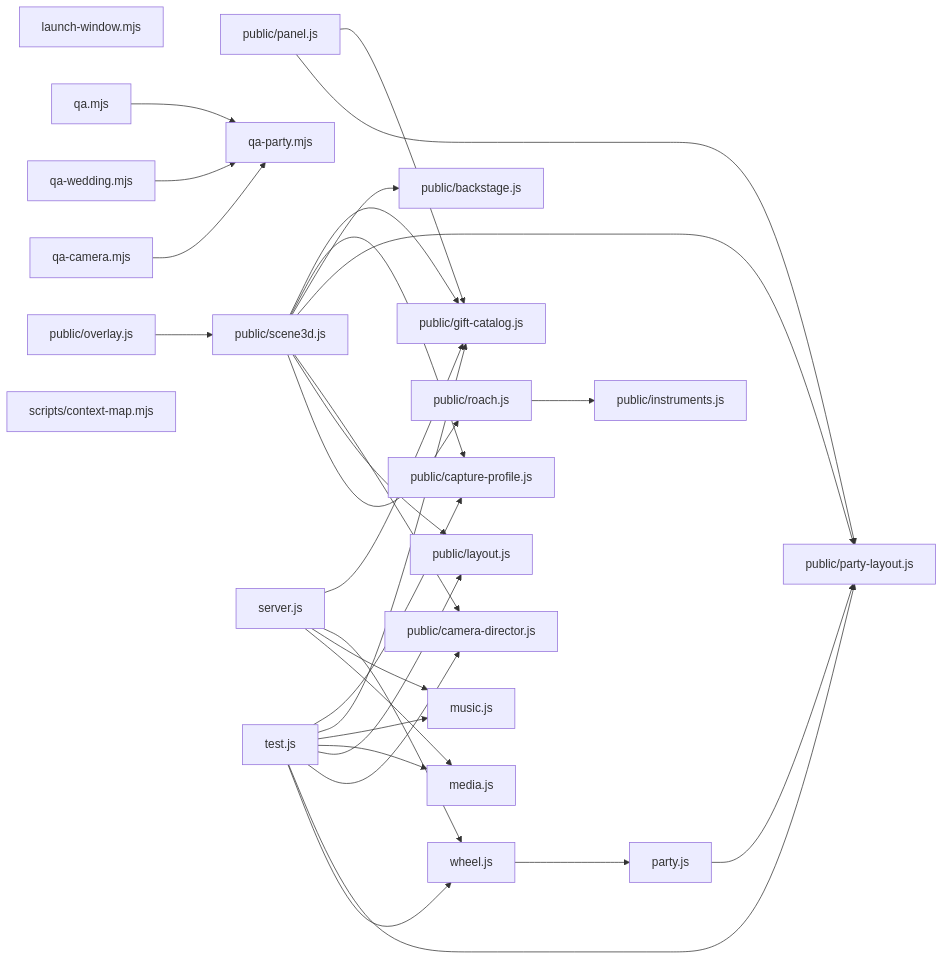
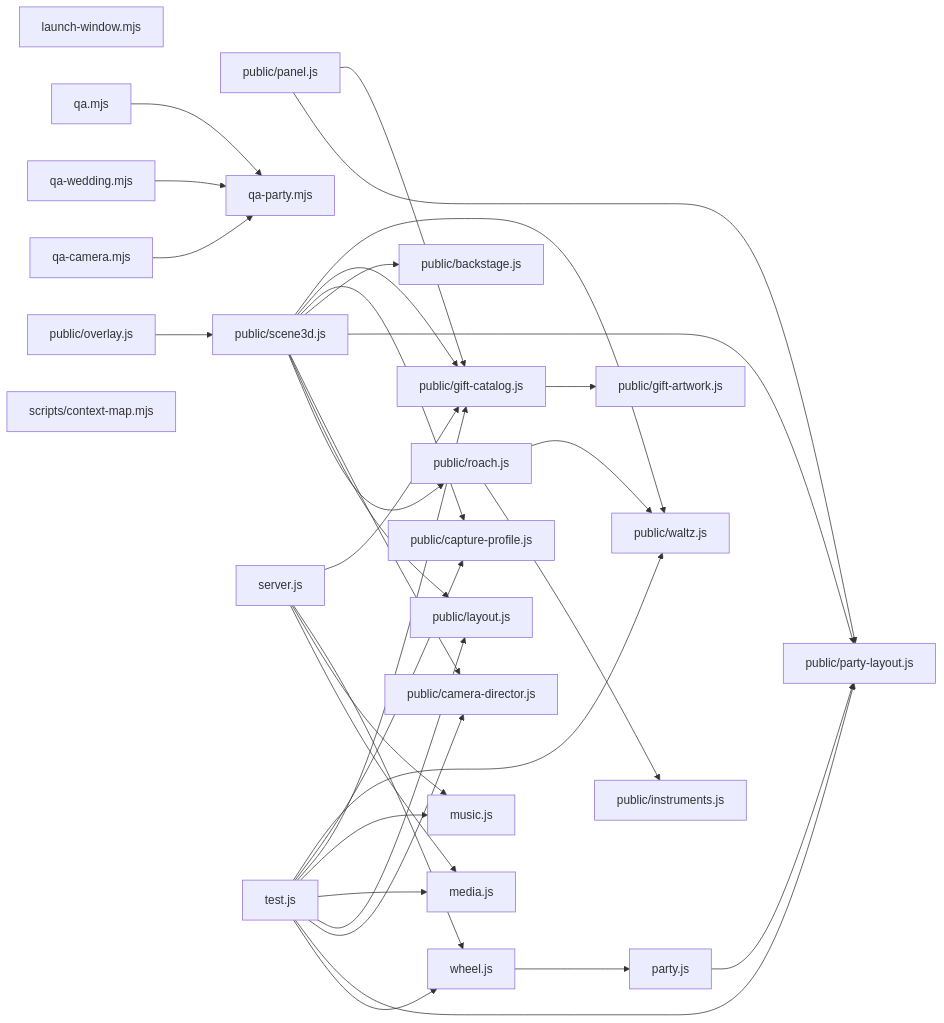
Before and after one commit to fthgshhsrth/roda-live: the diagram in docs/context-map.md, drawn with Mermaid. The commit also changed 24 other files, not shown here.

````diff
--- a/docs/context-map.md
+++ b/docs/context-map.md
@@ -5,54 +5,60 @@
 ```mermaid
 graph LR
   n0["launch-window.mjs"]
   n1["media.js"]
   n2["music.js"]
   n3["party.js"]
   n4["public/backstage.js"]
   n5["public/camera-director.js"]
   n6["public/capture-profile.js"]
-  n7["public/gift-catalog.js"]
-  n8["public/instruments.js"]
-  n9["public/layout.js"]
-  n10["public/overlay.js"]
-  n11["public/panel.js"]
-  n12["public/party-layout.js"]
-  n13["public/roach.js"]
-  n14["public/scene3d.js"]
-  n15["qa-camera.mjs"]
-  n16["qa-party.mjs"]
-  n17["qa-wedding.mjs"]
-  n18["qa.mjs"]
-  n19["scripts/context-map.mjs"]
-  n20["server.js"]
-  n21["test.js"]
-  n22["wheel.js"]
-  n3 --> n12
-  n10 --> n14
-  n11 --> n12
-  n11 --> n7
-  n13 --> n8
-  n14 --> n13
+  n7["public/gift-artwork.js"]
+  n8["public/gift-catalog.js"]
+  n9["public/instruments.js"]
+  n10["public/layout.js"]
+  n11["public/overlay.js"]
+  n12["public/panel.js"]
+  n13["public/party-layout.js"]
+  n14["public/roach.js"]
+  n15["public/scene3d.js"]
+  n16["public/waltz.js"]
+  n17["qa-camera.mjs"]
+  n18["qa-party.mjs"]
+  n19["qa-wedding.mjs"]
+  n20["qa.mjs"]
+  n21["scripts/context-map.mjs"]
+  n22["server.js"]
+  n23["test.js"]
+  n24["wheel.js"]
+  n3 --> n13
+  n8 --> n7
+  n11 --> n15
+  n12 --> n13
+  n12 --> n8
   n14 --> n9
-  n14 --> n5
-  n14 --> n12
-  n14 --> n4
-  n14 --> n6
-  n14 --> n7
+  n14 --> n16
+  n15 --> n14
+  n15 --> n10
+  n15 --> n5
+  n15 --> n13
+  n15 --> n4
+  n15 --> n6
+  n15 --> n8
   n15 --> n16
-  n17 --> n16
-  n18 --> n16
-  n20 --> n1
-  n20 --> n2
-  n20 --> n22
-  n20 --> n7
-  n21 --> n22
-  n21 --> n12
-  n21 --> n5
-  n21 --> n9
-  n21 --> n1
-  n21 --> n2
-  n21 --> n7
-  n21 --> n6
-  n22 --> n3
+  n17 --> n18
+  n19 --> n18
+  n20 --> n18
+  n22 --> n1
+  n22 --> n2
+  n22 --> n24
+  n22 --> n8
+  n23 --> n24
+  n23 --> n13
+  n23 --> n5
+  n23 --> n10
+  n23 --> n1
+  n23 --> n2
+  n23 --> n8
+  n23 --> n6
+  n23 --> n16
+  n24 --> n3
 ```
````
